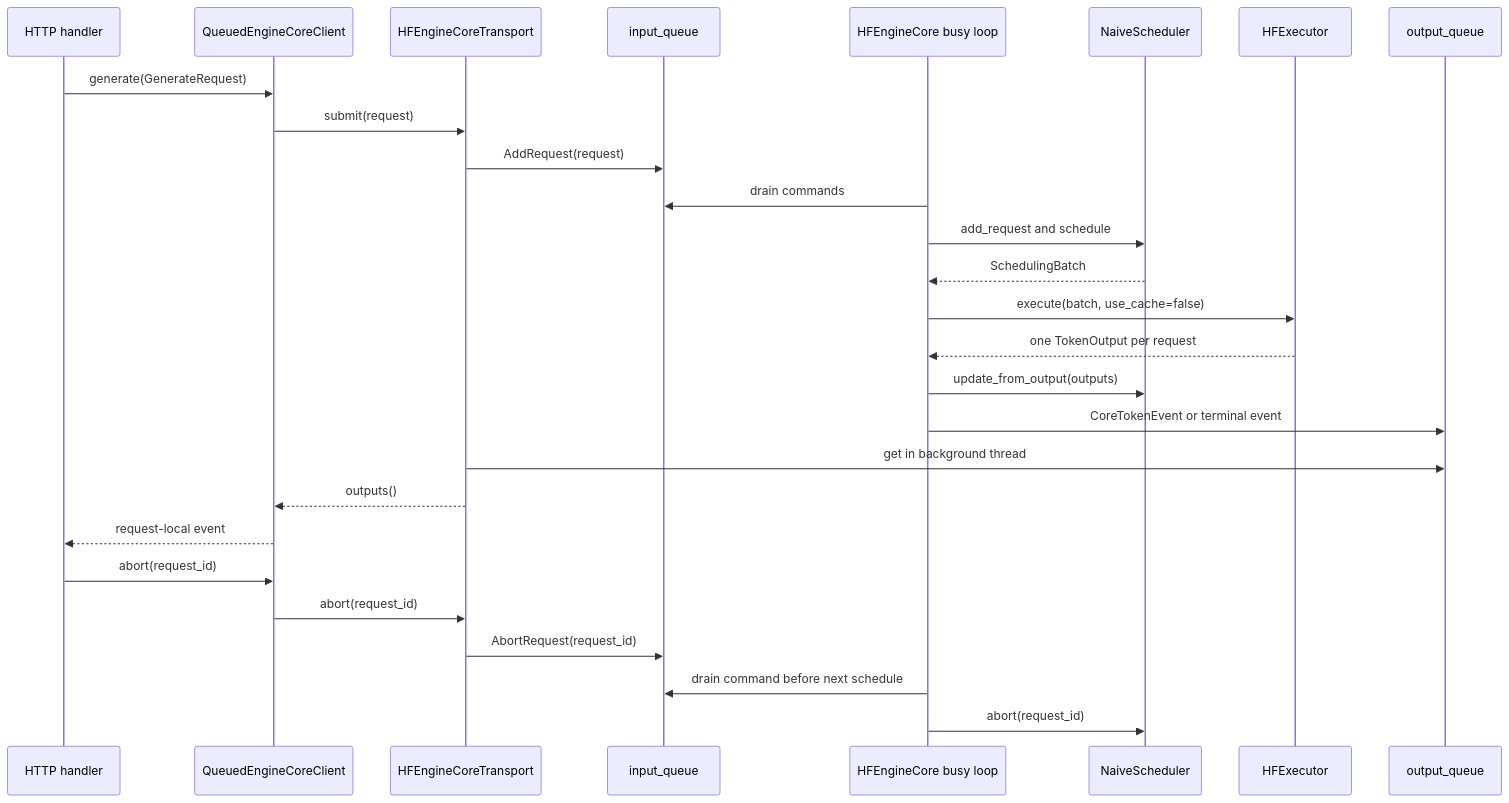
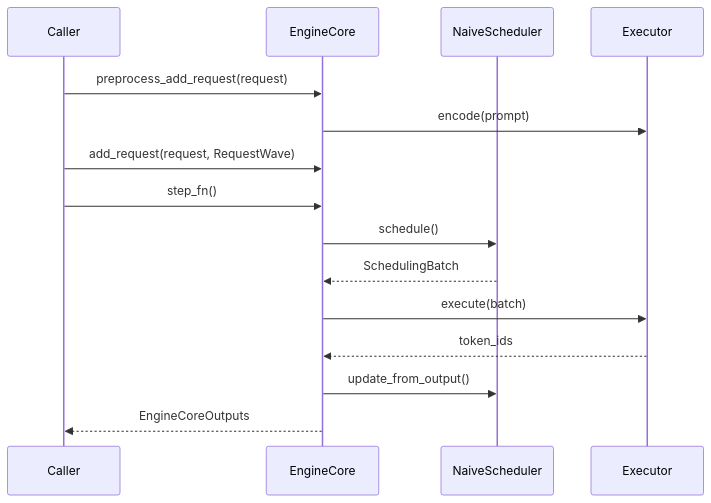
The second of 2 diagrams in docs/design/S2-naive_hf_engine_core.md (BigFaceMan/xTokens), drawn with Mermaid before and after one commit. The commit also changed other lines of this file and 27 other files, not shown here.

````diff
--- a/docs/design/S2-naive_hf_engine_core.md
+++ b/docs/design/S2-naive_hf_engine_core.md
@@ -194,31 +73,18 @@
 ```mermaid
 sequenceDiagram
-    participant H as HTTP handler
-    participant Q as QueuedEngineCoreClient
-    participant T as HFEngineCoreTransport
-    participant I as input_queue
-    participant C as HFEngineCore busy loop
-    participant S as NaiveScheduler
-    participant E as HFExecutor
-    participant O as output_queue
+    participant Caller
+    participant Core as EngineCore
+    participant Scheduler as NaiveScheduler
+    participant Executor
 
-    H->>Q: generate(GenerateRequest)
-    Q->>T: submit(request)
-    T->>I: AddRequest(request)
-    C->>I: drain commands
-    C->>S: add_request and schedule
-    S-->>C: SchedulingBatch
-    C->>E: execute(batch, use_cache=false)
-    E-->>C: one TokenOutput per request
-    C->>S: update_from_output(outputs)
-    C->>O: CoreTokenEvent or terminal event
-    T->>O: get in background thread
-    T-->>Q: outputs()
-    Q-->>H: request-local event
-
-    H->>Q: abort(request_id)
-    Q->>T: abort(request_id)
-    T->>I: AbortRequest(request_id)
-    C->>I: drain command before next schedule
-    C->>S: abort(request_id)
+    Caller->>Core: preprocess_add_request(request)
+    Core->>Executor: encode(prompt)
+    Caller->>Core: add_request(request, RequestWave)
+    Caller->>Core: step_fn()
+    Core->>Scheduler: schedule()
+    Scheduler-->>Core: SchedulingBatch
+    Core->>Executor: execute(batch)
+    Executor-->>Core: token_ids
+    Core->>Scheduler: update_from_output()
+    Core-->>Caller: EngineCoreOutputs
 ```
````
